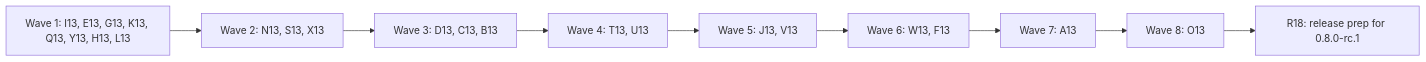
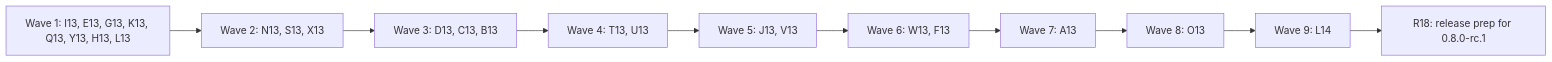
One commit to alfhen/tagreeve changed the diagram in docs/plan-0.8.0.md. Above: the diagram before and after it, drawn with Mermaid. The commit also changed other lines of this file, not shown here.

````diff
--- a/docs/plan-0.8.0.md
+++ b/docs/plan-0.8.0.md
@@ -96,11 +106,12 @@
 ```mermaid
 flowchart LR
   W1["Wave 1: I13, E13, G13, K13, Q13, Y13, H13, L13"] --> W2["Wave 2: N13, S13, X13"]
   W2 --> W3["Wave 3: D13, C13, B13"]
   W3 --> W4["Wave 4: T13, U13"]
   W4 --> W5["Wave 5: J13, V13"]
   W5 --> W6["Wave 6: W13, F13"]
   W6 --> W7["Wave 7: A13"]
   W7 --> W8["Wave 8: O13"]
-  W8 --> R["R18: release prep for 0.8.0-rc.1"]
+  W8 --> W9["Wave 9: L14"]
+  W9 --> R["R18: release prep for 0.8.0-rc.1"]
 ```
````
